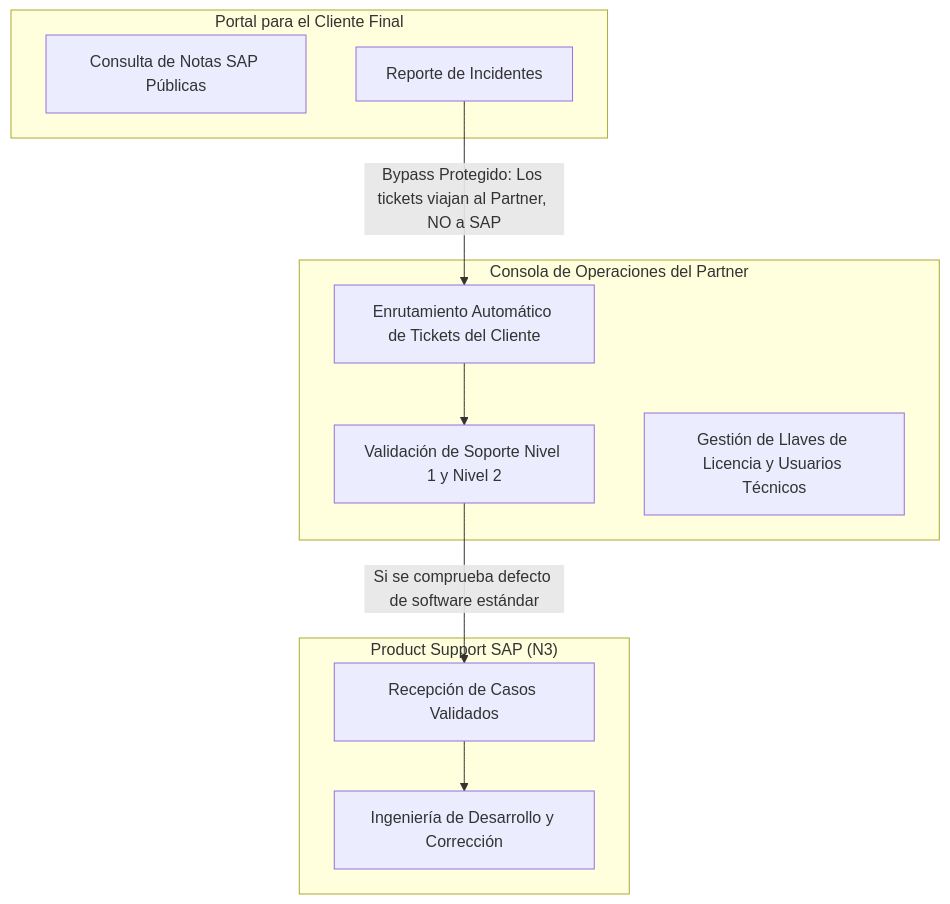
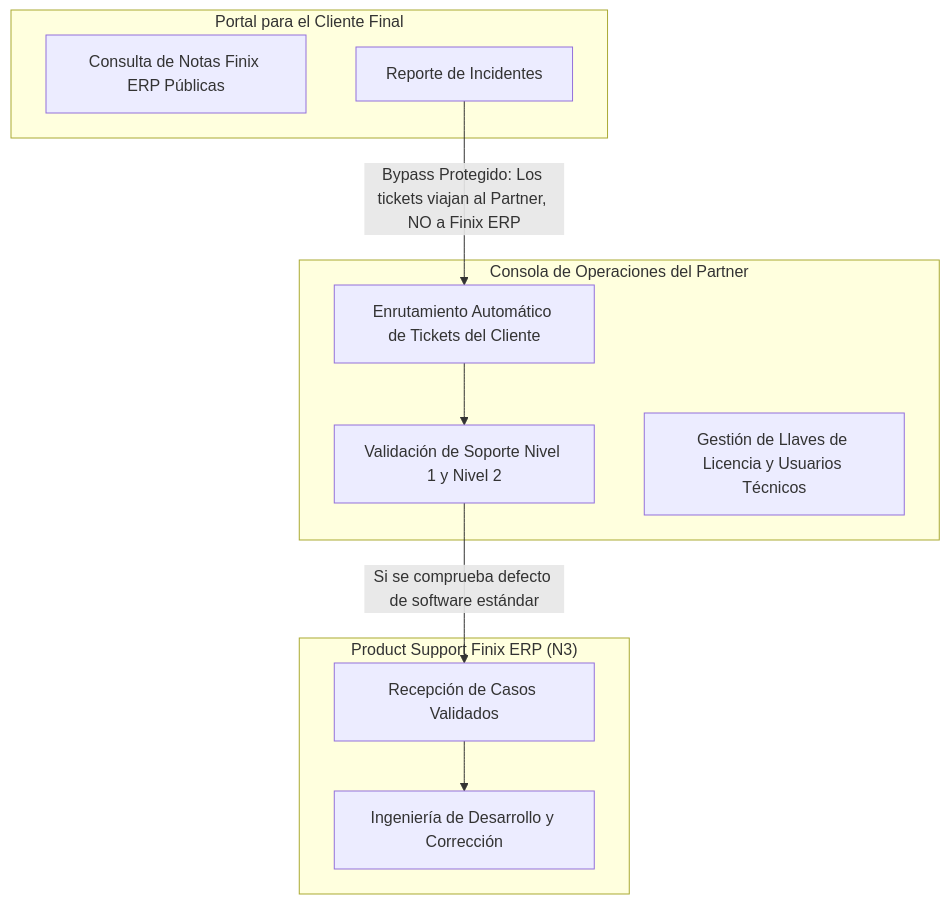
One commit to pablofgarciaf/B1-ACADEMY changed the tenth of 11 diagrams in public/modulos/Modulo_09.md. Above: the diagram before and after it, drawn with Mermaid. The commit also changed other lines of this file and 4125 other files, not shown here.

````diff
--- a/public/modulos/Modulo_09.md
+++ b/public/modulos/Modulo_09.md
@@ -336,23 +336,23 @@
 ```mermaid
 graph TD
     subgraph Vista_del_Cliente["Portal para el Cliente Final"]
-        A[Consulta de Notas SAP Públicas]
+        A[Consulta de Notas Finix ERP Públicas]
         B[Reporte de Incidentes]
     end
 
     subgraph Bandeja_del_Partner["Consola de Operaciones del Partner"]
         C[Enrutamiento Automático de Tickets del Cliente]
         D[Validación de Soporte Nivel 1 y Nivel 2]
         E[Gestión de Llaves de Licencia y Usuarios Técnicos]
     end
 
-    subgraph Soporte_SAP["Product Support SAP (N3)"]
+    subgraph Soporte_Finix["Product Support Finix ERP (N3)"]
         F[Recepción de Casos Validados]
         G[Ingeniería de Desarrollo y Corrección]
     end
 
-    B -->|Bypass Protegido: Los tickets viajan al Partner, NO a SAP| C
+    B -->|Bypass Protegido: Los tickets viajan al Partner, NO a Finix ERP| C
     C --> D
     D -->|Si se comprueba defecto de software estándar| F
     F --> G
 ```
````
